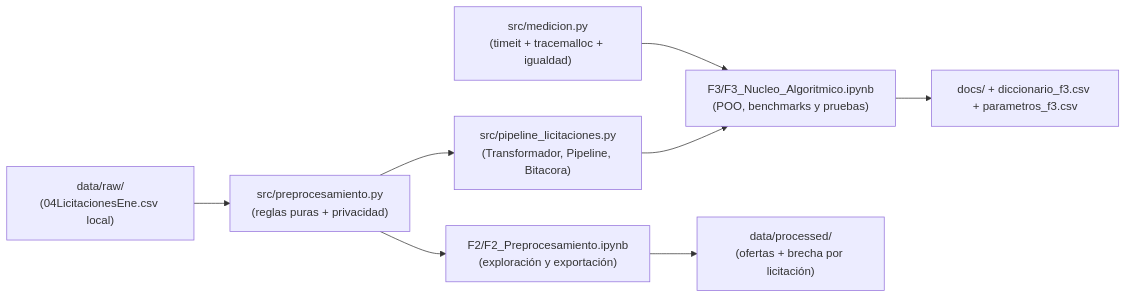
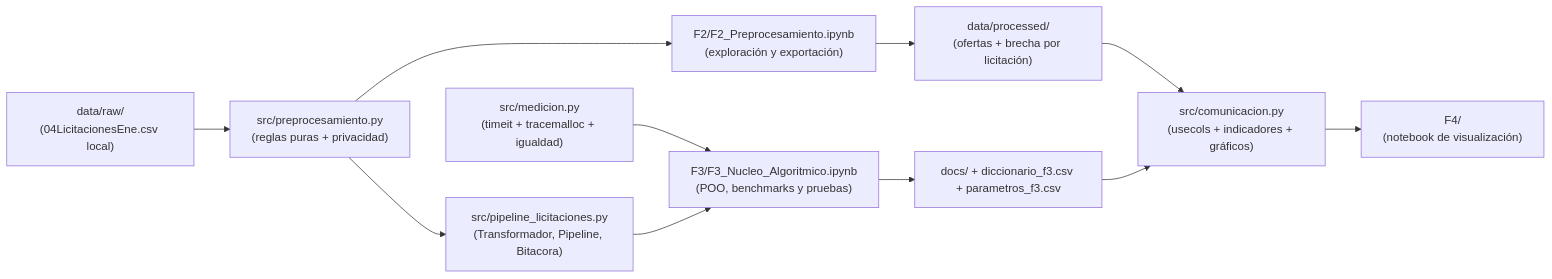
One commit to proyecto-grupo2-mcdi500/proyecto-grupo2-mcdi500 changed the diagram in docs/arquitectura.md. Above: the diagram before and after it, drawn with Mermaid. The commit also changed other lines of this file and 2 other files, not shown here.

Commit message:
funciones fase 4, lectura usecols

````diff
--- a/docs/arquitectura.md
+++ b/docs/arquitectura.md
@@ -31,10 +32,13 @@
 ```mermaid
 flowchart LR
     RAW["data/raw/<br>(04LicitacionesEne.csv local)"] --> PRE["src/preprocesamiento.py<br>(reglas puras + privacidad)"]
     PRE --> F2["F2/F2_Preprocesamiento.ipynb<br>(exploración y exportación)"]
     PRE --> POO["src/pipeline_licitaciones.py<br>(Transformador, Pipeline, Bitacora)"]
     MED["src/medicion.py<br>(timeit + tracemalloc + igualdad)"] --> F3["F3/F3_Nucleo_Algoritmico.ipynb<br>(POO, benchmarks y pruebas)"]
     POO --> F3
     F2 --> PROC["data/processed/<br>(ofertas + brecha por licitación)"]
     F3 --> DOC["docs/ + diccionario_f3.csv + parametros_f3.csv"]
+    PROC --> COM["src/comunicacion.py<br>(usecols + indicadores + gráficos)"]
+    DOC --> COM
+    COM --> F4["F4/<br>(notebook de visualización)"]
 ```
````
